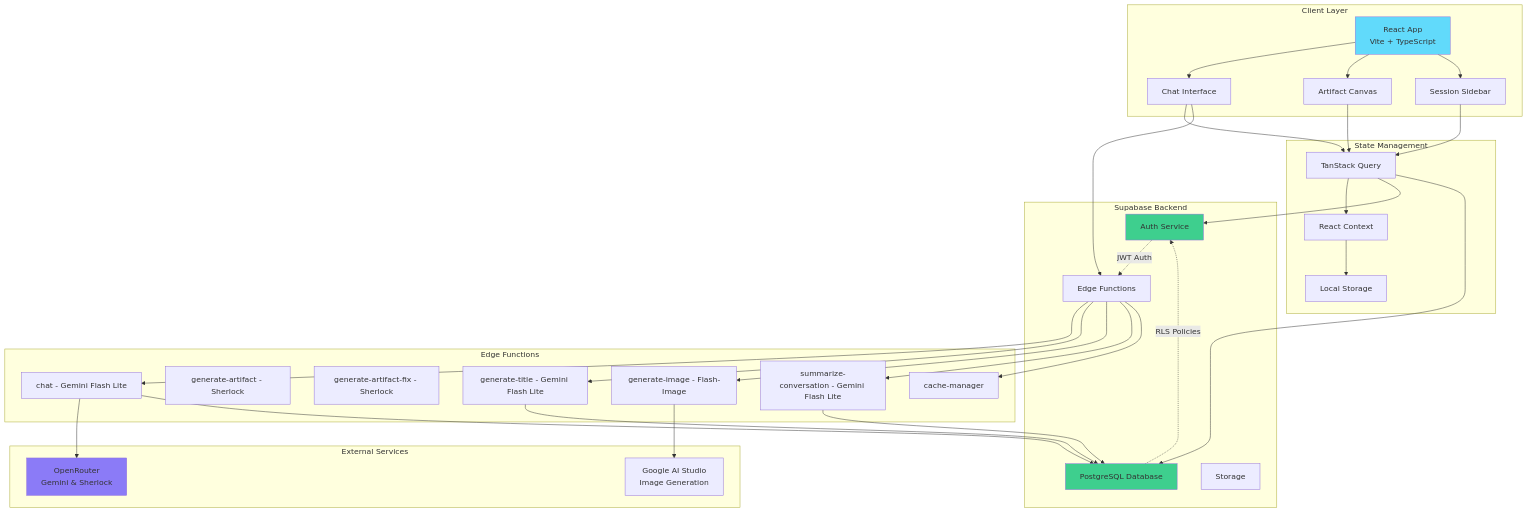
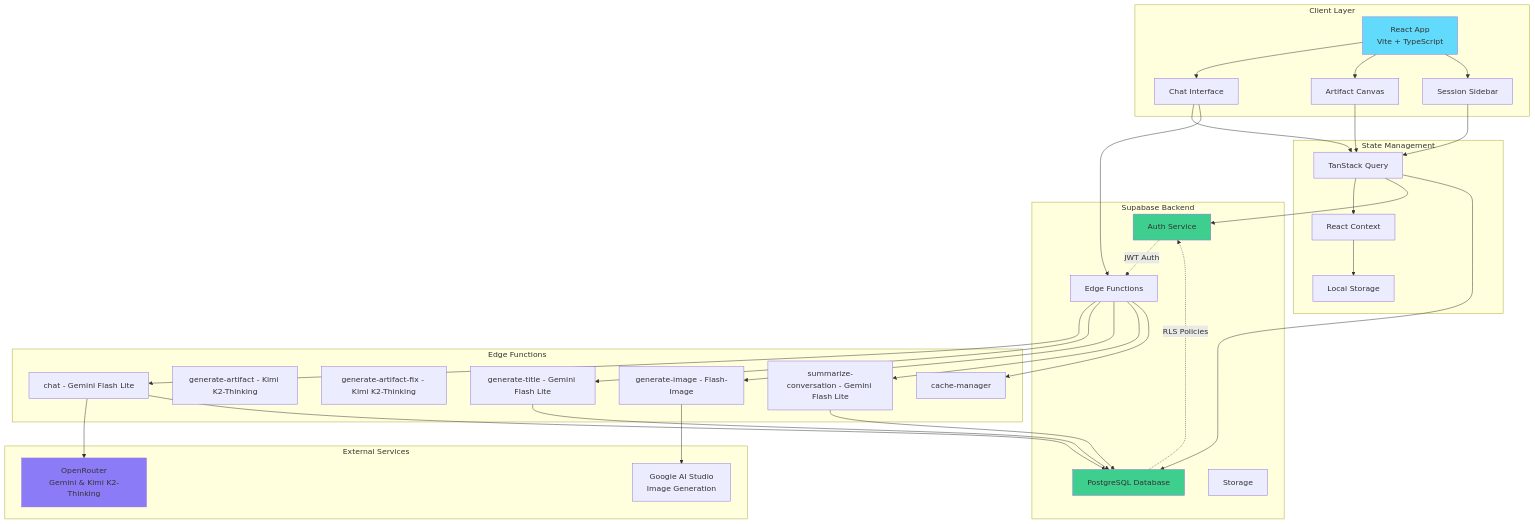
Before and after one commit to NickB03/vana: the first of 5 diagrams in README.md, drawn with Mermaid. The commit also changed other lines of this file and 12 other files, not shown here.

````diff
--- a/README.md
+++ b/README.md
@@ -216,70 +216,70 @@
 ```mermaid
 graph TB
     subgraph "Client Layer"
         A[React App<br/>Vite + TypeScript]
         B[Chat Interface]
         C[Artifact Canvas]
         D[Session Sidebar]
     end
 
     subgraph "State Management"
         E[TanStack Query]
         F[React Context]
         G[Local Storage]
     end
 
     subgraph "Supabase Backend"
         H[PostgreSQL Database]
         I[Auth Service]
         J[Edge Functions]
         K[Storage]
     end
 
     subgraph "Edge Functions"
         L[chat - Gemini Flash Lite]
-        LA[generate-artifact - Sherlock]
-        LB[generate-artifact-fix - Sherlock]
+        LA[generate-artifact - Kimi K2-Thinking]
+        LB[generate-artifact-fix - Kimi K2-Thinking]
         M[generate-title - Gemini Flash Lite]
         N[generate-image - Flash-Image]
         O[summarize-conversation - Gemini Flash Lite]
         P[cache-manager]
     end
 
     subgraph "External Services"
-        Q[OpenRouter<br/>Gemini & Sherlock]
+        Q[OpenRouter<br/>Gemini & Kimi K2-Thinking]
         R[Google AI Studio<br/>Image Generation]
     end
 
     A --> B
     A --> C
     A --> D
     B --> E
     C --> E
     D --> E
     E --> F
     F --> G
 
     E --> I
     E --> H
     B --> J
 
     J --> L
     J --> M
     J --> N
     J --> O
     J --> P
 
     L --> Q
     N --> R
     L --> H
     M --> H
     O --> H
 
     I -.JWT Auth.-> J
     H -.RLS Policies.-> I
 
     style A fill:#61dafb
     style H fill:#3ecf8e
     style Q fill:#8B7BF7
     style I fill:#3ecf8e
 ```
````
